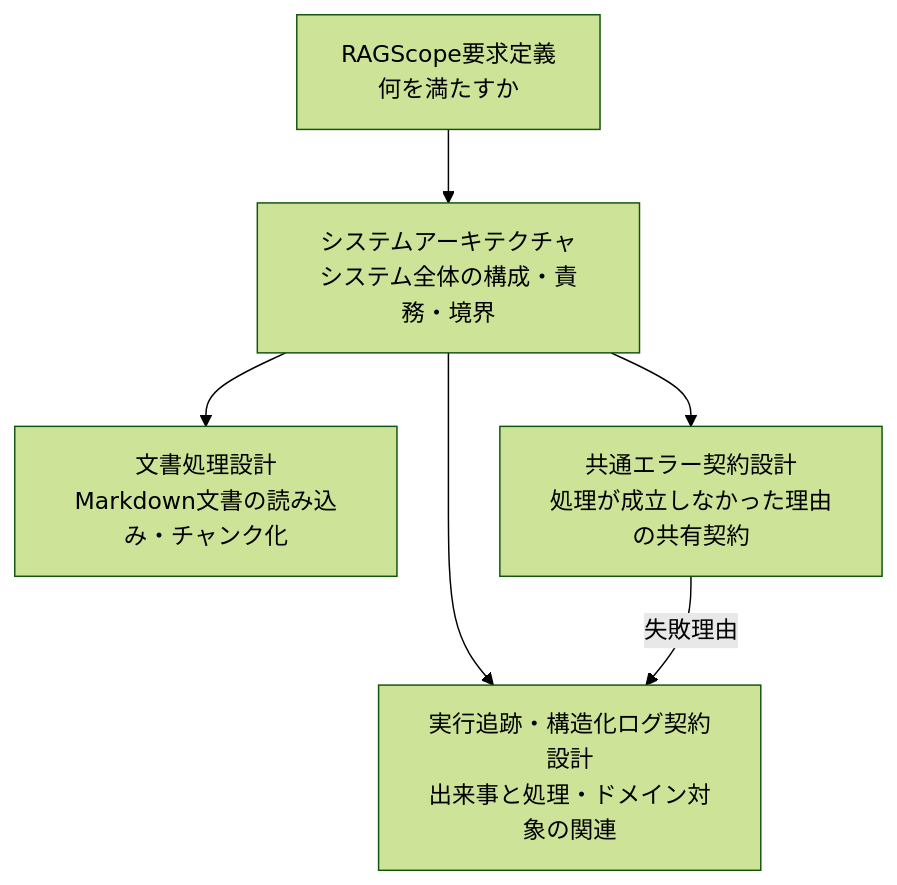
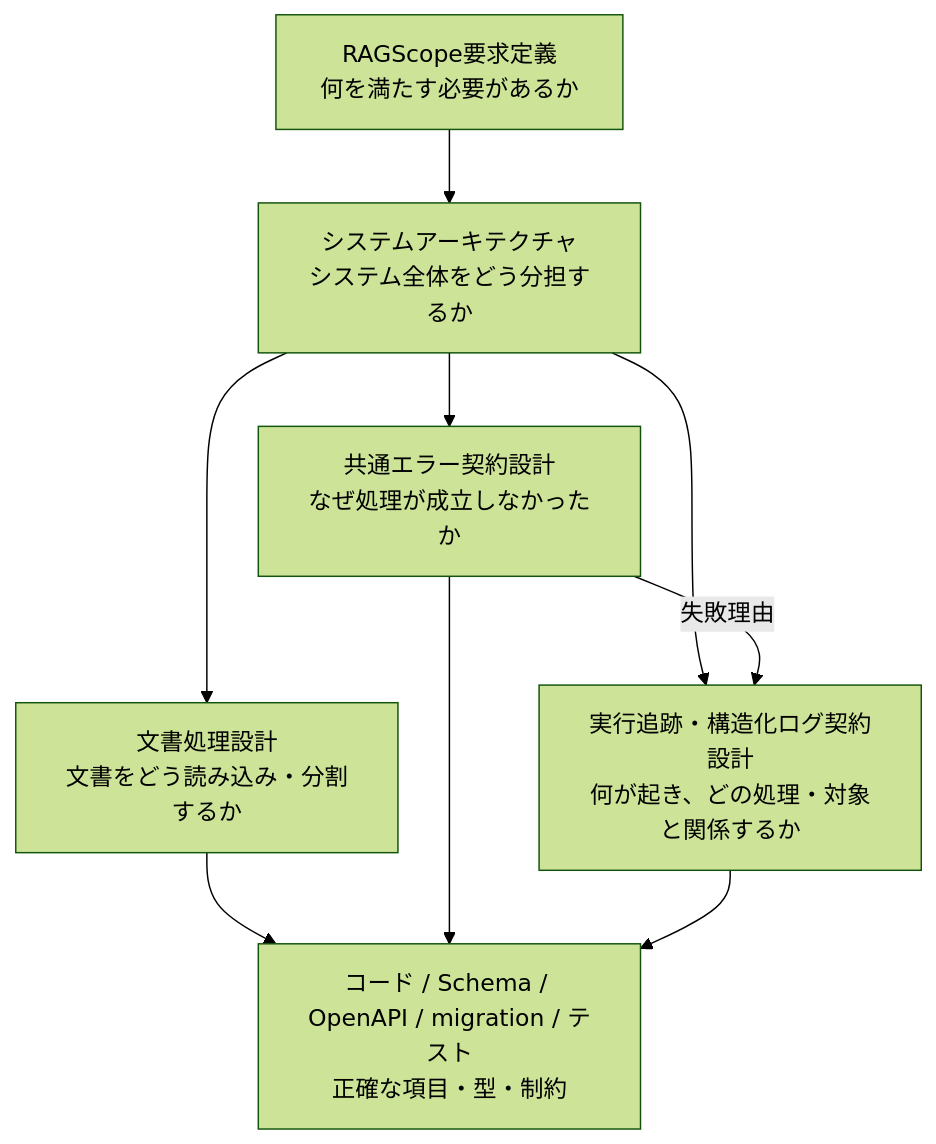
One commit to takashit16833/RAGScope changed the diagram in project-docs/design/README.md. Above: the diagram before and after it, drawn with Mermaid (forest theme). The commit also changed other lines of this file, not shown here.

````diff
--- a/project-docs/design/README.md
+++ b/project-docs/design/README.md
@@ -7,14 +9,22 @@
 ```mermaid
 flowchart TD
-    Requirements["RAGScope要求定義<br>何を満たすか"]
-    Architecture["システムアーキテクチャ<br>システム全体の構成・責務・境界"]
-    Document["文書処理設計<br>Markdown文書の読み込み・チャンク化"]
-    Error["共通エラー契約設計<br>処理が成立しなかった理由の共有契約"]
-    Logging["実行追跡・構造化ログ契約設計<br>出来事と処理・ドメイン対象の関連"]
+    Requirements["RAGScope要求定義<br>何を満たす必要があるか"]
+    Architecture["システムアーキテクチャ<br>システム全体をどう分担するか"]
+
+    Document["文書処理設計<br>文書をどう読み込み・分割するか"]
+    Error["共通エラー契約設計<br>なぜ処理が成立しなかったか"]
+    Logging["実行追跡・構造化ログ契約設計<br>何が起き、どの処理・対象と関係するか"]
+
+    Machine["コード / Schema / OpenAPI / migration / テスト<br>正確な項目・型・制約"]
 
     Requirements --> Architecture
     Architecture --> Document
     Architecture --> Error
     Architecture --> Logging
+
     Error -->|"失敗理由"| Logging
+
+    Document --> Machine
+    Error --> Machine
+    Logging --> Machine
 ```
````
